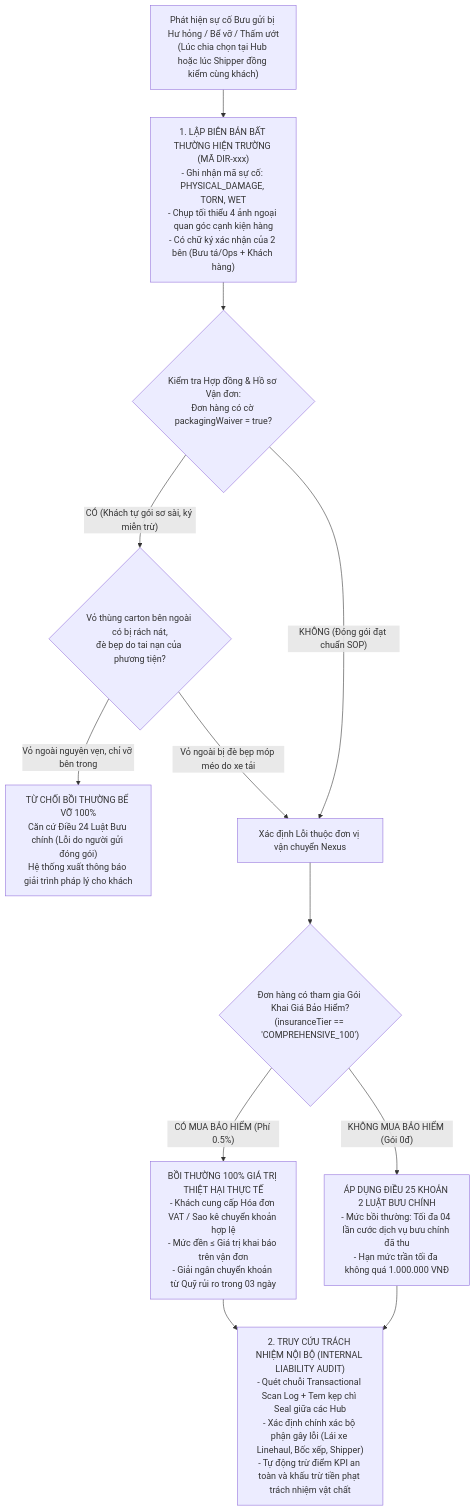
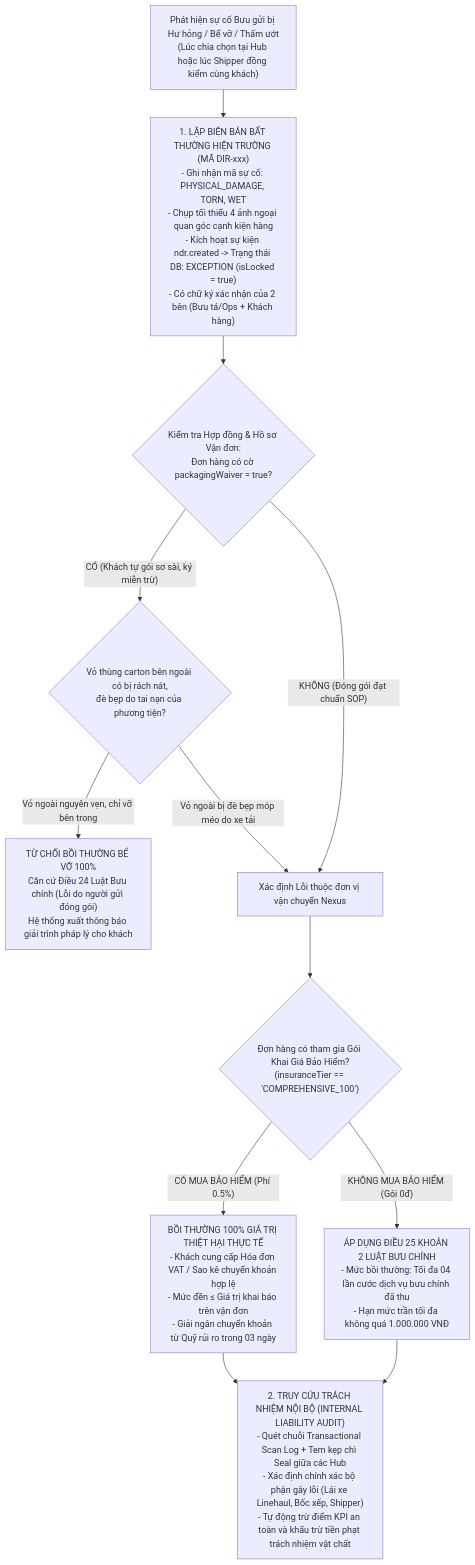
Diagram 13 of 21 in README.md (VoVanTuTai/logistics-management-system), drawn with Mermaid before and after one commit. The commit also changed other lines of this file and 7 other files, not shown here.

````diff
--- a/README.md
+++ b/README.md
@@ -535,22 +623,22 @@
 ```mermaid
 flowchart TD
-    DISCOVER["Phát hiện sự cố Bưu gửi bị Hư hỏng / Bể vỡ / Thấm ướt<br/>(Lúc chia chọn tại Hub hoặc lúc Shipper đồng kiểm cùng khách)"] --> REPORT_DIR["1. LẬP BIÊN BẢN BẤT THƯỜNG HIỆN TRƯỜNG (MÃ DIR-xxx)<br/>- Ghi nhận mã sự cố: PHYSICAL_DAMAGE, TORN, WET<br/>- Chụp tối thiểu 4 ảnh ngoại quan góc cạnh kiện hàng<br/>- Có chữ ký xác nhận của 2 bên (Bưu tá/Ops + Khách hàng)"]
+    DISCOVER["Phát hiện sự cố Bưu gửi bị Hư hỏng / Bể vỡ / Thấm ướt<br/>(Lúc chia chọn tại Hub hoặc lúc Shipper đồng kiểm cùng khách)"] --> REPORT_DIR["1. LẬP BIÊN BẢN BẤT THƯỜNG HIỆN TRƯỜNG (MÃ DIR-xxx)<br/>- Ghi nhận mã sự cố: PHYSICAL_DAMAGE, TORN, WET<br/>- Chụp tối thiểu 4 ảnh ngoại quan góc cạnh kiện hàng<br/>- Kích hoạt sự kiện ndr.created -> Trạng thái DB: EXCEPTION (isLocked = true)<br/>- Có chữ ký xác nhận của 2 bên (Bưu tá/Ops + Khách hàng)"]
 
     REPORT_DIR --> AUDIT_WAIVER{"Kiểm tra Hợp đồng & Hồ sơ Vận đơn:<br/>Đơn hàng có cờ packagingWaiver = true?"}
 
     AUDIT_WAIVER -- "CÓ (Khách tự gói sơ sài, ký miễn trừ)" --> CHECK_OUTER{"Vỏ thùng carton bên ngoài có bị rách nát,<br/>đè bẹp do tai nạn của phương tiện?"}
     
     CHECK_OUTER -- "Vỏ ngoài nguyên vẹn, chỉ vỡ bên trong" --> REJECT_CLAIM["TỪ CHỐI BỒI THƯỜNG BỂ VỠ 100%<br/>Căn cứ Điều 24 Luật Bưu chính (Lỗi do người gửi đóng gói)<br/>Hệ thống xuất thông báo giải trình pháp lý cho khách"]
     CHECK_OUTER -- "Vỏ ngoài bị đè bẹp móp méo do xe tải" --> LIABILITY_CARRIER["Xác định Lỗi thuộc đơn vị vận chuyển Nexus"]
 
     AUDIT_WAIVER -- "KHÔNG (Đóng gói đạt chuẩn SOP)" --> LIABILITY_CARRIER
 
     LIABILITY_CARRIER --> CHECK_INSURANCE{"Đơn hàng có tham gia Gói Khai Giá Bảo Hiểm?<br/>(insuranceTier == 'COMPREHENSIVE_100')"}
 
     CHECK_INSURANCE -- "CÓ MUA BẢO HIỂM (Phí 0.5%)" --> CLAIM_100["BỒI THƯỜNG 100% GIÁ TRỊ THIỆT HẠI THỰC TẾ<br/>- Khách cung cấp Hóa đơn VAT / Sao kê chuyển khoản hợp lệ<br/>- Mức đền &le; Giá trị khai báo trên vận đơn<br/>- Giải ngân chuyển khoản từ Quỹ rủi ro trong 03 ngày"]
 
     CHECK_INSURANCE -- "KHÔNG MUA BẢO HIỂM (Gói 0đ)" --> CLAIM_LAW["ÁP DỤNG ĐIỀU 25 KHOẢN 2 LUẬT BƯU CHÍNH<br/>- Mức bồi thường: Tối đa 04 lần cước dịch vụ bưu chính đã thu<br/>- Hạn mức trần tối đa không quá 1.000.000 VNĐ"]
 
     CLAIM_100 --> INTERNAL_AUDIT["2. TRUY CỨU TRÁCH NHIỆM NỘI BỘ (INTERNAL LIABILITY AUDIT)<br/>- Quét chuỗi Transactional Scan Log + Tem kẹp chì Seal giữa các Hub<br/>- Xác định chính xác bộ phận gây lỗi (Lái xe Linehaul, Bốc xếp, Shipper)<br/>- Tự động trừ điểm KPI an toàn và khấu trừ tiền phạt trách nhiệm vật chất"]
     CLAIM_LAW --> INTERNAL_AUDIT
 ```
````
